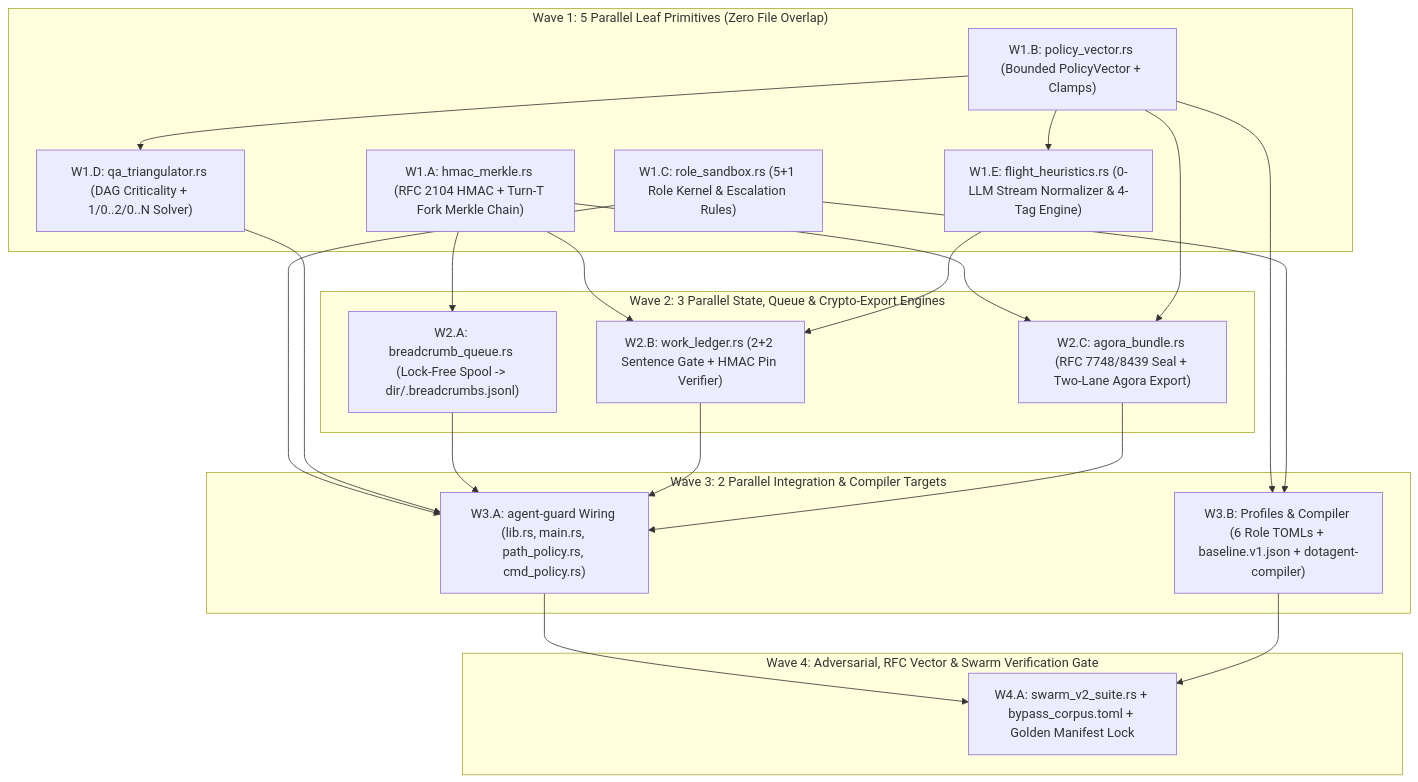
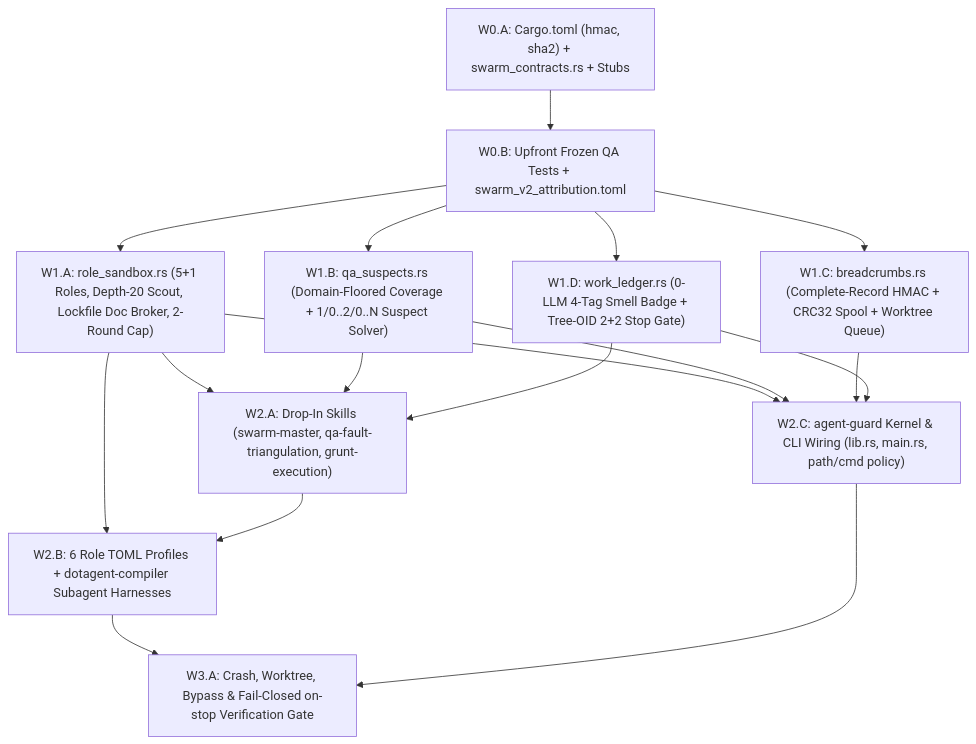
One commit to susanbdev/dotagent changed the diagram in docs/SWARM_IMPLEMENTATION_PLAN.md. Above: the diagram before and after it, drawn with Mermaid. The commit also changed other lines of this file and 3 other files, not shown here.

Commit message:
docs(swarm-v2): decouple Sims/Agora infrastructure and harden skill-first coding agent spec

````diff
--- a/docs/SWARM_IMPLEMENTATION_PLAN.md
+++ b/docs/SWARM_IMPLEMENTATION_PLAN.md
@@ -31,42 +27,24 @@
 ```mermaid
 flowchart TD
-    subgraph W1["Wave 1: 5 Parallel Leaf Primitives (Zero File Overlap)"]
-        W1A["W1.A: hmac_merkle.rs (RFC 2104 HMAC + Turn-T Fork Merkle Chain)"]
-        W1B["W1.B: policy_vector.rs (Bounded PolicyVector + Clamps)"]
-        W1C["W1.C: role_sandbox.rs (5+1 Role Kernel & Escalation Rules)"]
-        W1D["W1.D: qa_triangulator.rs (DAG Criticality + 1/0..2/0..N Solver)"]
-        W1E["W1.E: flight_heuristics.rs (0-LLM Stream Normalizer & 4-Tag Engine)"]
-    end
+    W0A["W0.A: Cargo.toml (hmac, sha2) + swarm_contracts.rs + Stubs"] --> W0B["W0.B: Upfront Frozen QA Tests + swarm_v2_attribution.toml"]
 
-    subgraph W2["Wave 2: 3 Parallel State, Queue & Crypto-Export Engines"]
-        W2A["W2.A: breadcrumb_queue.rs (Lock-Free Spool -> dir/.breadcrumbs.jsonl)"]
-        W2B["W2.B: work_ledger.rs (2+2 Sentence Gate + HMAC Pin Verifier)"]
-        W2C["W2.C: agora_bundle.rs (RFC 7748/8439 Seal + Two-Lane Agora Export)"]
-    end
+    W0B --> W1A["W1.A: role_sandbox.rs (5+1 Roles, Depth-20 Scout, Lockfile Doc Broker, 2-Round Cap)"]
+    W0B --> W1B["W1.B: qa_suspects.rs (Domain-Floored Coverage + 1/0..2/0..N Suspect Solver)"]
+    W0B --> W1C["W1.C: breadcrumbs.rs (Complete-Record HMAC + CRC32 Spool + Worktree Queue)"]
+    W0B --> W1D["W1.D: work_ledger.rs (0-LLM 4-Tag Smell Badge + Tree-OID 2+2 Stop Gate)"]
 
-    subgraph W3["Wave 3: 2 Parallel Integration & Compiler Targets"]
-        W3A["W3.A: agent-guard Wiring (lib.rs, main.rs, path_policy.rs, cmd_policy.rs)"]
-        W3B["W3.B: Profiles & Compiler (6 Role TOMLs + baseline.v1.json + dotagent-compiler)"]
-    end
+    W1A --> W2A["W2.A: Drop-In Skills (swarm-master, qa-fault-triangulation, grunt-execution)"]
+    W1B --> W2A
+    W1D --> W2A
 
-    subgraph W4["Wave 4: Adversarial, RFC Vector & Swarm Verification Gate"]
-        W4A["W4.A: swarm_v2_suite.rs + bypass_corpus.toml + Golden Manifest Lock"]
-    end
+    W1A --> W2B["W2.B: 6 Role TOML Profiles + dotagent-compiler Subagent Harnesses"]
+    W2A --> W2B
 
-    W1A --> W2A
-    W1A --> W2B
-    W1A --> W2C
-    W1B --> W1D
-    W1B --> W1E
+    W1A --> W2C["W2.C: agent-guard Kernel & CLI Wiring (lib.rs, main.rs, path/cmd policy)"]
     W1B --> W2C
-    W1E --> W2B
-    W1C --> W3A
-    W1D --> W3A
-    W2A --> W3A
-    W2B --> W3A
+    W1C --> W2C
+    W1D --> W2C
+
+    W2B --> W3A["W3.A: Crash, Worktree, Bypass & Fail-Closed on-stop Verification Gate"]
     W2C --> W3A
-    W1B --> W3B
-    W1C --> W3B
-    W3A --> W4A
-    W3B --> W4A
 ```
````
